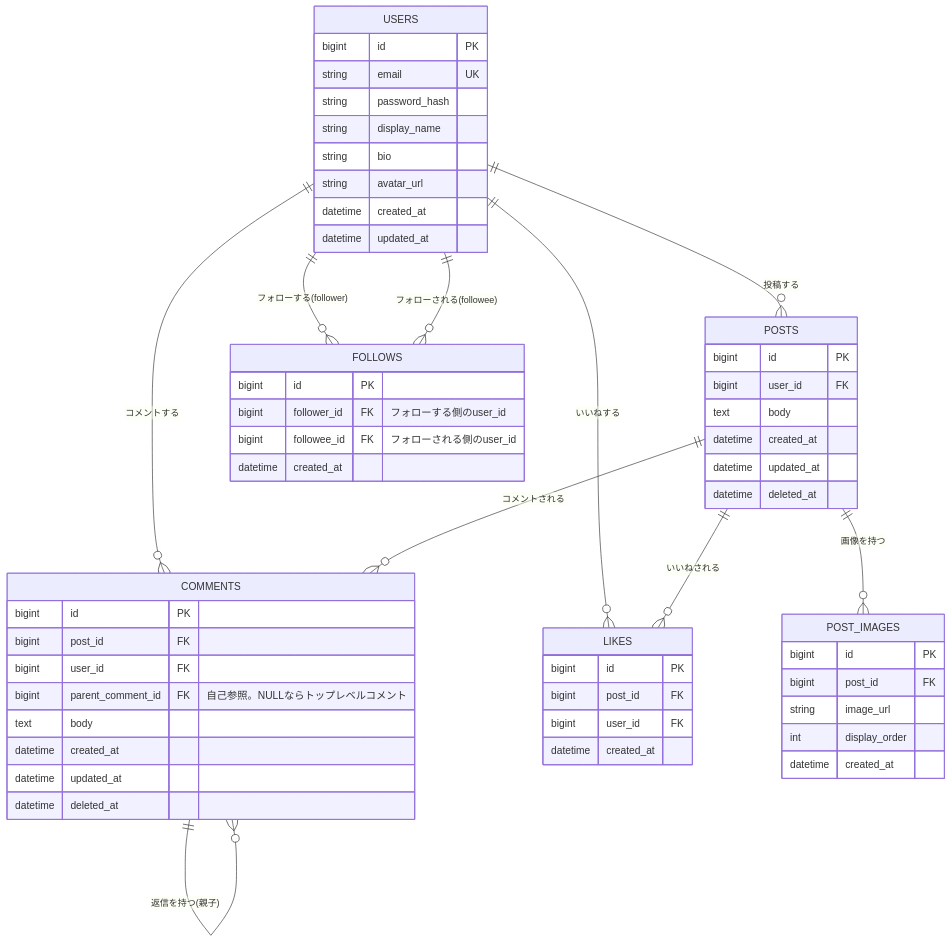
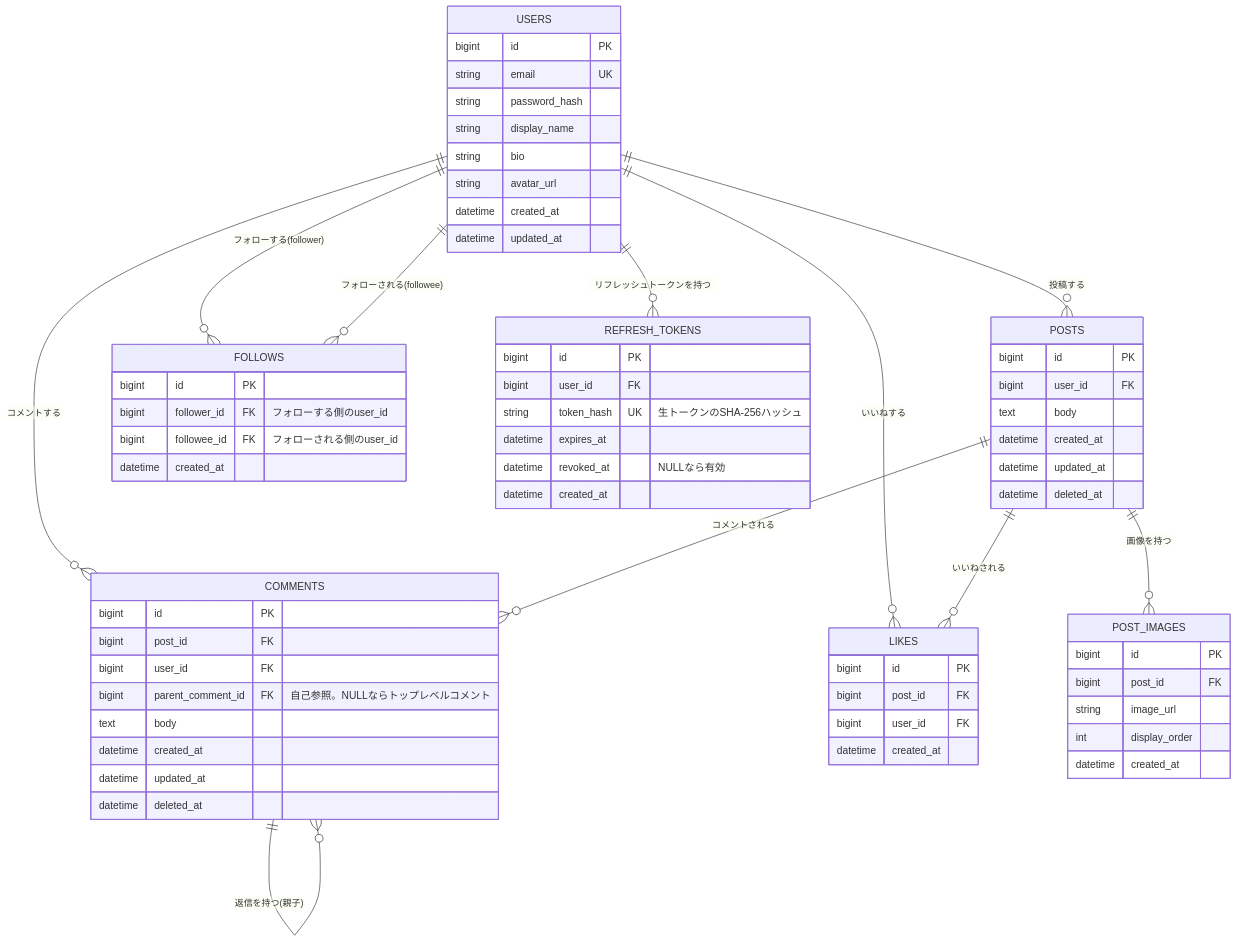
The diagram in docs/er-diagram.md (doryu0-04092/sns-application), drawn with Mermaid before and after one commit. The commit also changed other lines of this file and 15 other files, not shown here.

First line of the commit message:
Add DB-backed rotating refresh tokens with theft detection (#6)

````diff
--- a/docs/er-diagram.md
+++ b/docs/er-diagram.md
@@ -3,65 +3,75 @@
 ```mermaid
 erDiagram
     USERS ||--o{ POSTS : "投稿する"
     USERS ||--o{ COMMENTS : "コメントする"
     USERS ||--o{ LIKES : "いいねする"
     USERS ||--o{ FOLLOWS : "フォローする(follower)"
     USERS ||--o{ FOLLOWS : "フォローされる(followee)"
+    USERS ||--o{ REFRESH_TOKENS : "リフレッシュトークンを持つ"
     POSTS ||--o{ POST_IMAGES : "画像を持つ"
     POSTS ||--o{ COMMENTS : "コメントされる"
     POSTS ||--o{ LIKES : "いいねされる"
     COMMENTS ||--o{ COMMENTS : "返信を持つ(親子)"
 
     USERS {
         bigint id PK
         string email UK
         string password_hash
         string display_name
         string bio
         string avatar_url
         datetime created_at
         datetime updated_at
     }
 
     POSTS {
         bigint id PK
         bigint user_id FK
         text body
         datetime created_at
         datetime updated_at
         datetime deleted_at
     }
 
     POST_IMAGES {
         bigint id PK
         bigint post_id FK
         string image_url
         int display_order
         datetime created_at
     }
 
     COMMENTS {
         bigint id PK
         bigint post_id FK
         bigint user_id FK
         bigint parent_comment_id FK "自己参照。NULLならトップレベルコメント"
         text body
         datetime created_at
         datetime updated_at
         datetime deleted_at
     }
 
     LIKES {
         bigint id PK
         bigint post_id FK
         bigint user_id FK
         datetime created_at
     }
 
     FOLLOWS {
         bigint id PK
         bigint follower_id FK "フォローする側のuser_id"
         bigint followee_id FK "フォローされる側のuser_id"
         datetime created_at
     }
+
+    REFRESH_TOKENS {
+        bigint id PK
+        bigint user_id FK
+        string token_hash UK "生トークンのSHA-256ハッシュ"
+        datetime expires_at
+        datetime revoked_at "NULLなら有効"
+        datetime created_at
+    }
 ```
````
